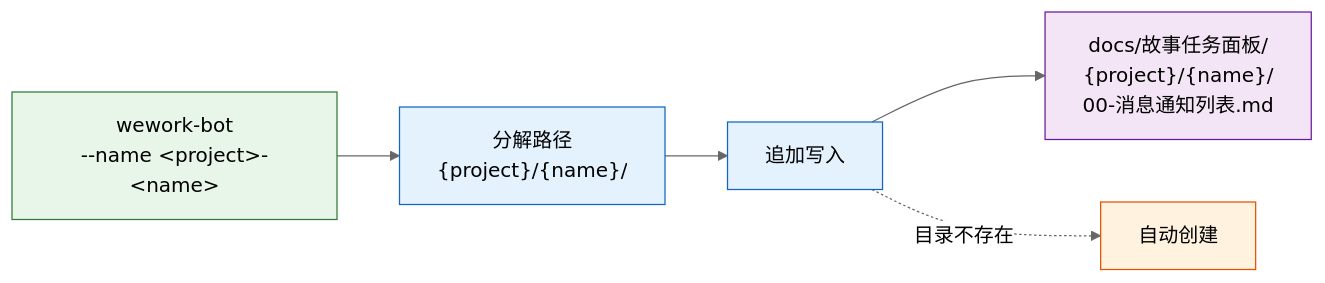
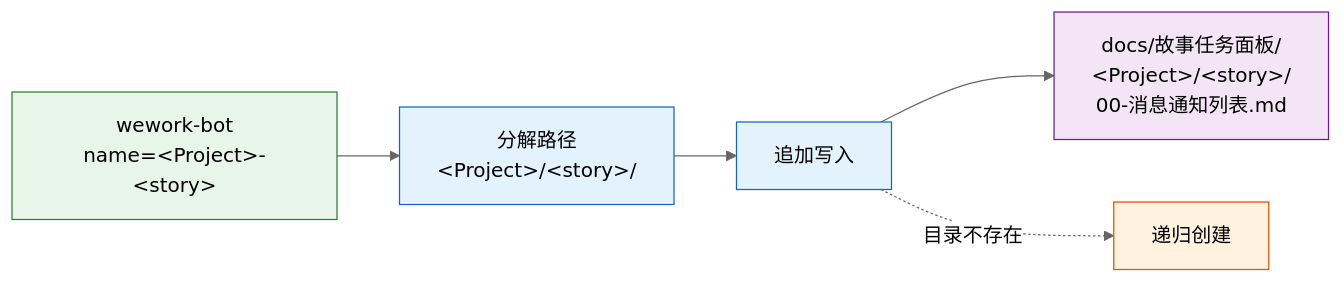
Before and after one commit to effiy/YrY: the fifth of 11 diagrams in skills/wework-bot/SKILL.md, drawn with Mermaid (neutral theme). The commit also changed other lines of this file and 14 other files, not shown here.

````diff
--- a/skills/wework-bot/SKILL.md
+++ b/skills/wework-bot/SKILL.md
@@ -149,13 +198,13 @@
 ```mermaid
 flowchart LR
-    SEND["wework-bot<br/>--name &lt;project&gt;-&lt;name&gt;"]:::src --> PARSE["分解路径<br/>{project}/{name}/"]:::op
+    SEND["wework-bot<br/>name=&lt;Project&gt;-&lt;story&gt;"]:::src --> PARSE["分解路径<br/>&lt;Project&gt;/&lt;story&gt;/"]:::op
     PARSE --> APPEND["追加写入"]:::op
-    APPEND --> FILE["docs/故事任务面板/<br/>{project}/{name}/<br/>00-消息通知列表.md"]:::file
+    APPEND --> FILE["docs/故事任务面板/<br/>&lt;Project&gt;/&lt;story&gt;/<br/>00-消息通知列表.md"]:::file
 
-    APPEND -.->|"目录不存在"| MKDIR["自动创建"]:::util
+    APPEND -.->|"目录不存在"| MKDIR["递归创建"]:::util
 
     classDef src fill:#e8f5e9,stroke:#2e7d32;
     classDef op fill:#e3f2fd,stroke:#1565c0;
     classDef file fill:#f3e5f5,stroke:#6a1b9a;
     classDef util fill:#fff3e0,stroke:#e65100;
 ```
````
